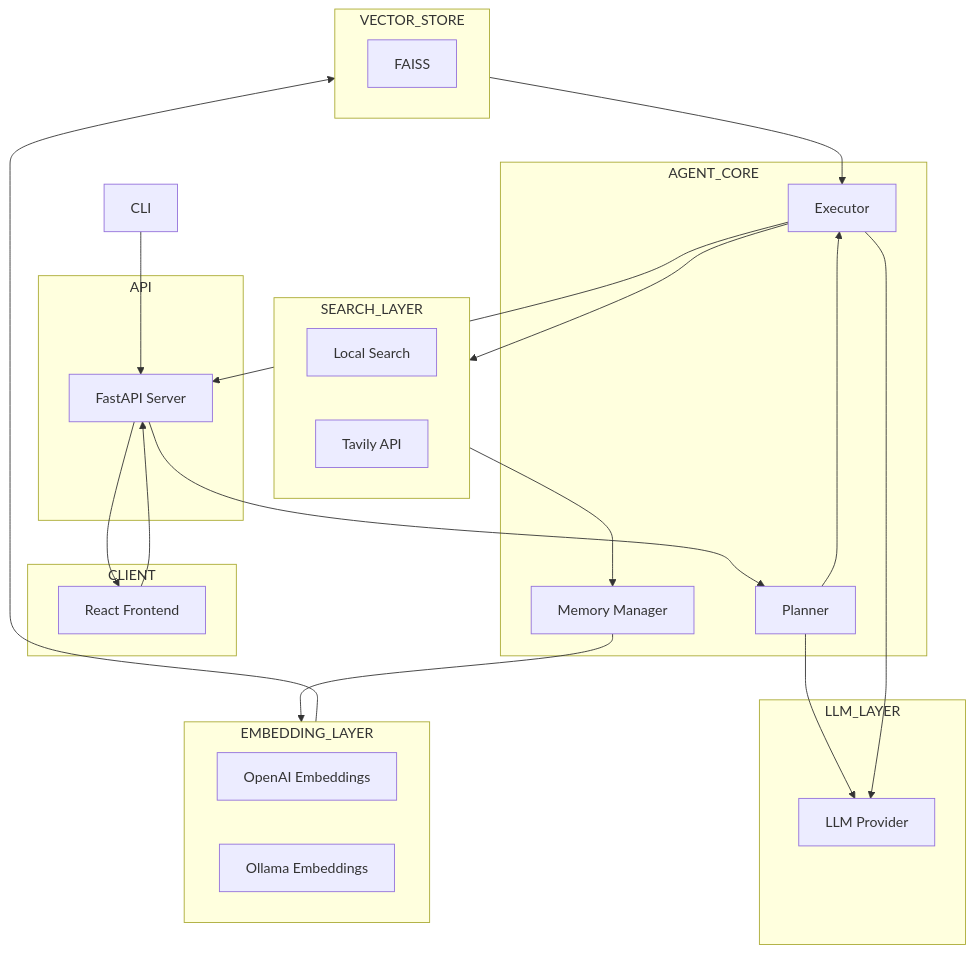
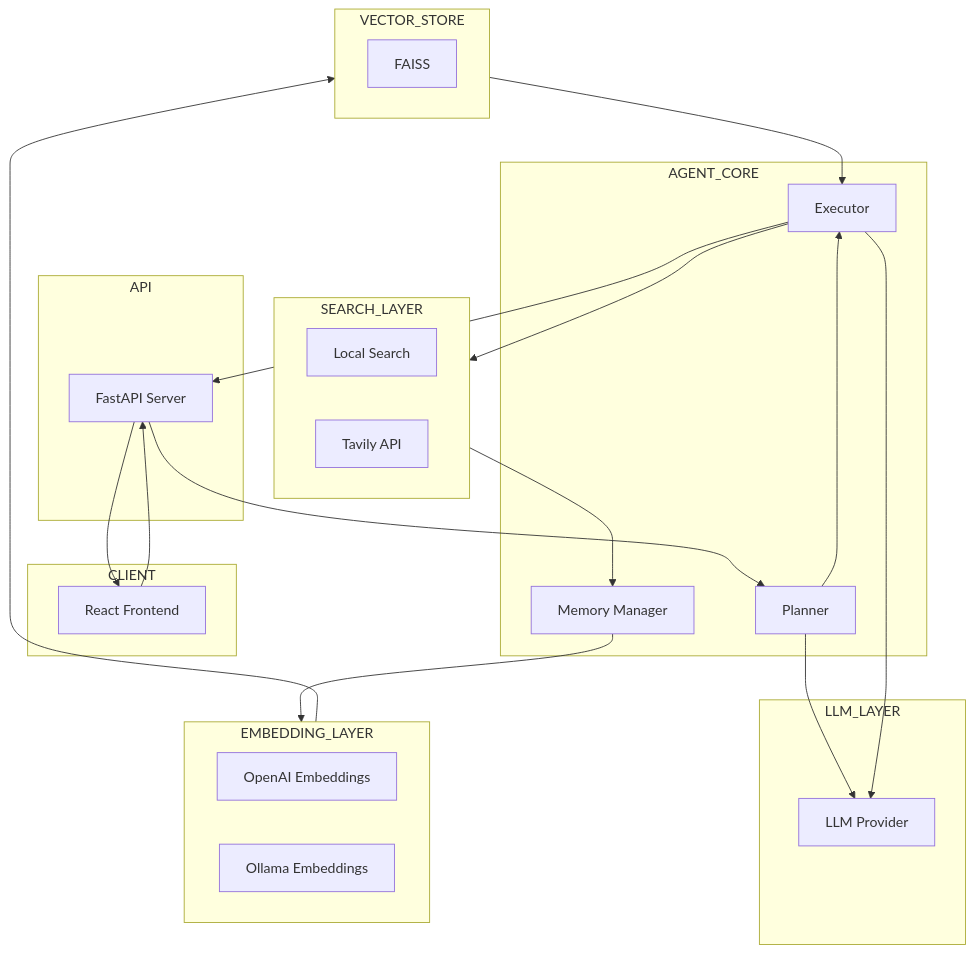
The diagram in README.md (nitinkr19/ai-research-agent), drawn with Mermaid before and after one commit.

````diff
--- a/README.md
+++ b/README.md
@@ -80,56 +80,55 @@
 ```mermaid
 flowchart TD
     %% CLIENT LAYER
     subgraph CLIENT
         UI[React Frontend]
     end
 
     %% API LAYER
     subgraph API
         FastAPI[FastAPI Server]
     end
 
     %% AGENT CORE
     subgraph AGENT_CORE
         Planner[Planner]
         Executor[Executor]
         Memory[Memory Manager]
     end
 
     %% LLM LAYER
     subgraph LLM_LAYER
         LLM[LLM Provider]
     end
 
     %% SEARCH LAYER
     subgraph SEARCH_LAYER
         LocalSearch[Local Search]
         Tavily[Tavily API]
     end
 
     %% EMBEDDING LAYER
     subgraph EMBEDDING_LAYER
         OpenAIEmb[OpenAI Embeddings]
         OllamaEmb[Ollama Embeddings]
     end
 
     %% VECTOR STORE
     subgraph VECTOR_STORE
         FAISS[FAISS]
     end
 
     %% FLOW
     UI --> FastAPI
-    CLI --> FastAPI
     FastAPI --> Planner
     Planner --> LLM
     Planner --> Executor
     Executor --> LLM
     Executor --> SEARCH_LAYER
     SEARCH_LAYER --> Memory
     Memory --> EMBEDDING_LAYER
     EMBEDDING_LAYER --> VECTOR_STORE
     VECTOR_STORE --> Executor
     Executor --> FastAPI
     FastAPI --> UI
 ```
````
